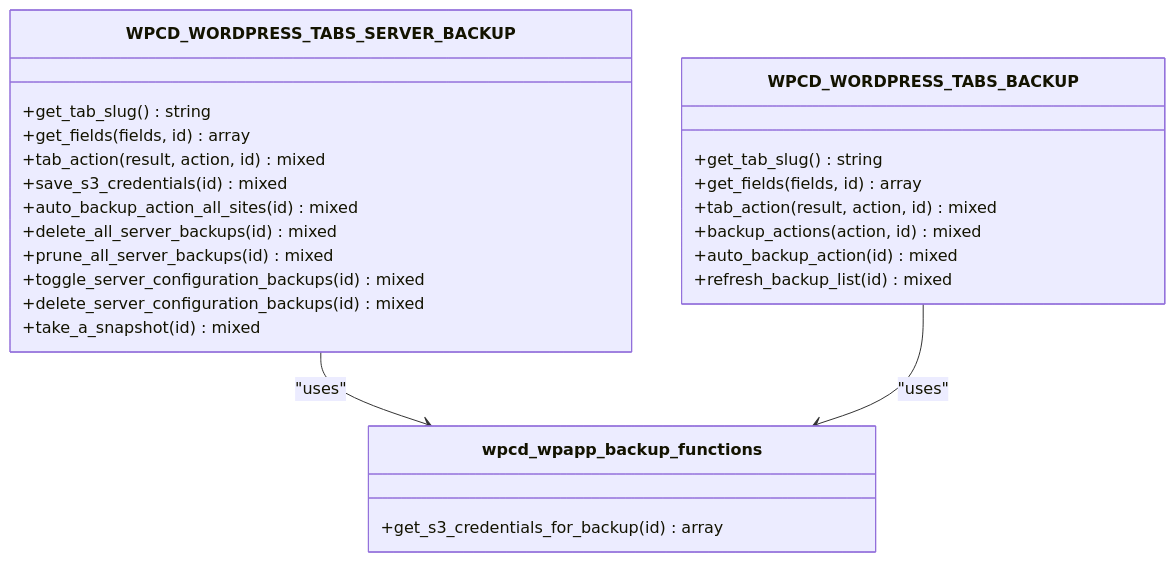
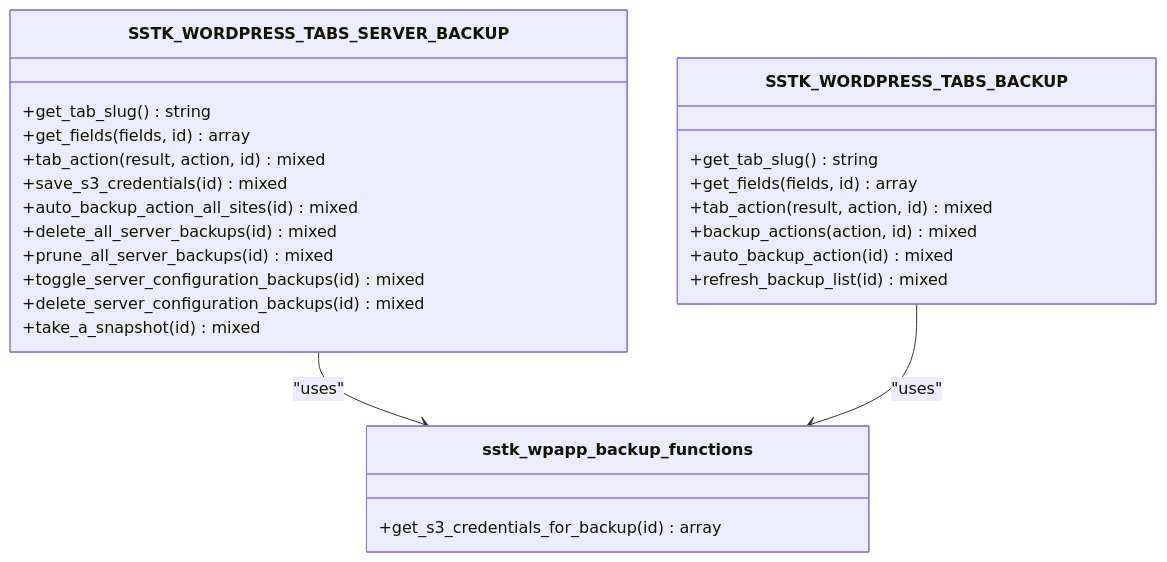
The fourth of 5 diagrams in .qoder/repowiki/en/content/WordPress Application Engine/Operational & Maintenance Scripts/Backup & Restore Operations.md (onedogsolutions/simple-stack), drawn with Mermaid before and after one commit. The commit also changed other lines of this file and 5941 other files, not shown here.

````diff
--- a/.qoder/repowiki/en/content/WordPress Application Engine/Operational & Maintenance Scripts/Backup & Restore Operations.md
+++ b/.qoder/repowiki/en/content/WordPress Application Engine/Operational & Maintenance Scripts/Backup & Restore Operations.md
@@ -191,28 +191,28 @@
 ```mermaid
 classDiagram
-class WPCD_WORDPRESS_TABS_SERVER_BACKUP {
+class SSTK_WORDPRESS_TABS_SERVER_BACKUP {
 +get_tab_slug() string
 +get_fields(fields, id) array
 +tab_action(result, action, id) mixed
 +save_s3_credentials(id) mixed
 +auto_backup_action_all_sites(id) mixed
 +delete_all_server_backups(id) mixed
 +prune_all_server_backups(id) mixed
 +toggle_server_configuration_backups(id) mixed
 +delete_server_configuration_backups(id) mixed
 +take_a_snapshot(id) mixed
 }
-class WPCD_WORDPRESS_TABS_BACKUP {
+class SSTK_WORDPRESS_TABS_BACKUP {
 +get_tab_slug() string
 +get_fields(fields, id) array
 +tab_action(result, action, id) mixed
 +backup_actions(action, id) mixed
 +auto_backup_action(id) mixed
 +refresh_backup_list(id) mixed
 }
-class wpcd_wpapp_backup_functions {
+class sstk_wpapp_backup_functions {
 +get_s3_credentials_for_backup(id) array
 }
-WPCD_WORDPRESS_TABS_SERVER_BACKUP --> wpcd_wpapp_backup_functions : "uses"
-WPCD_WORDPRESS_TABS_BACKUP --> wpcd_wpapp_backup_functions : "uses"
+SSTK_WORDPRESS_TABS_SERVER_BACKUP --> sstk_wpapp_backup_functions : "uses"
+SSTK_WORDPRESS_TABS_BACKUP --> sstk_wpapp_backup_functions : "uses"
 ```
````
